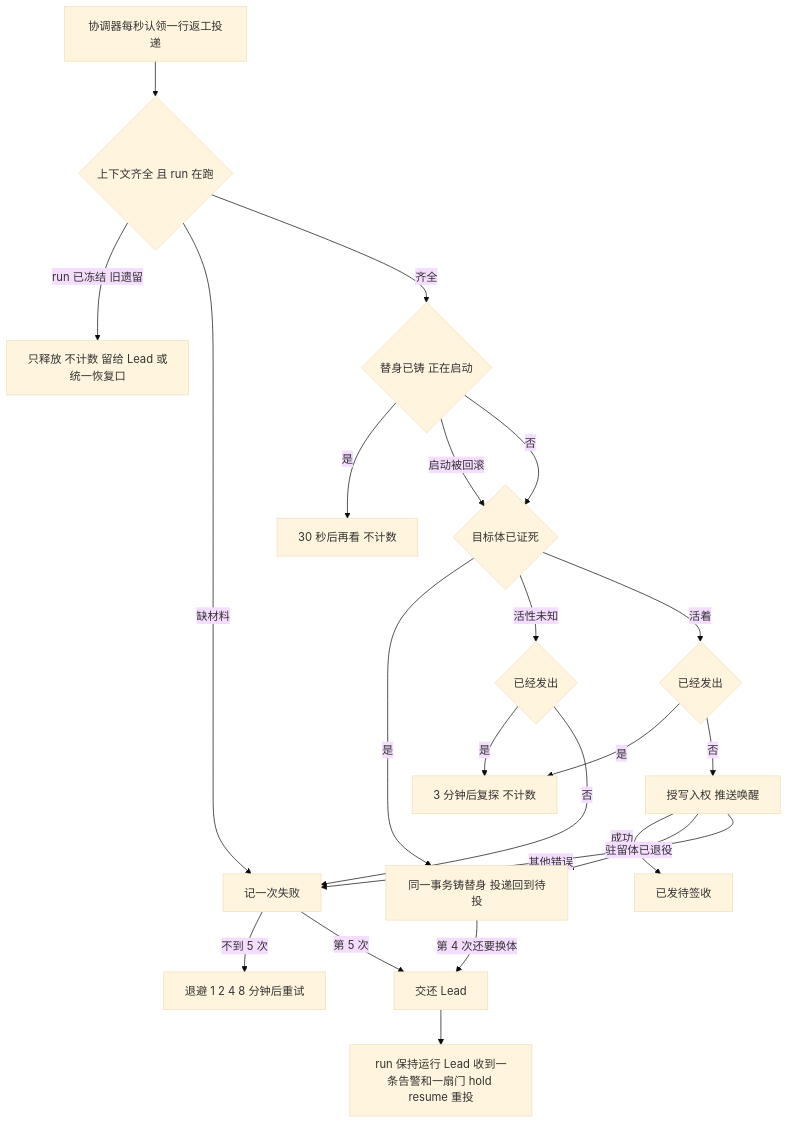
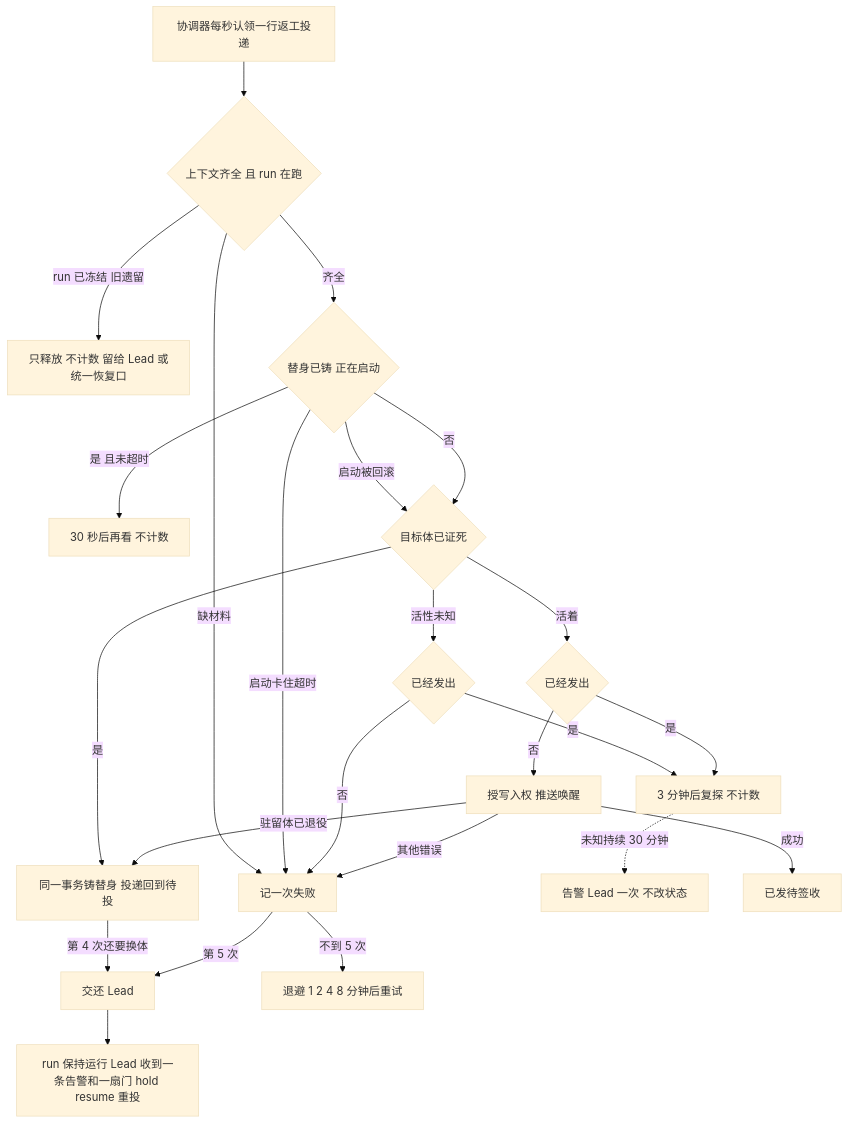
One commit to xrliAnnie/flywheel-qa-sandbox changed the diagram in engineering/doc/FLY-2921-rework-delivery-two-state/d2-flow.mmd. Above: the diagram before and after it, drawn with Mermaid (base theme). The commit also changed 7 other files, not shown here.

```diff
--- a/engineering/doc/FLY-2921-rework-delivery-two-state/d2-flow.mmd
+++ b/engineering/doc/FLY-2921-rework-delivery-two-state/d2-flow.mmd
@@ -1,22 +1,24 @@
 flowchart TD
   A[协调器每秒认领一行返工投递] --> B{上下文齐全 且 run 在跑}
   B -->|run 已冻结 旧遗留| B1[只释放 不计数 留给 Lead 或统一恢复口]
   B -->|缺材料| F[记一次失败]
   B -->|齐全| C{替身已铸 正在启动}
-  C -->|是| C1[30 秒后再看 不计数]
+  C -->|是 且未超时| C1[30 秒后再看 不计数]
+  C -->|启动卡住超时| F
   C -->|启动被回滚| D
   C -->|否| D{目标体已证死}
   D -->|是| R[同一事务铸替身 投递回到待投]
   R -->|第 4 次还要换体| X[交还 Lead]
   D -->|活性未知| E{已经发出}
   E -->|是| W[3 分钟后复探 不计数]
+  W -.->|未知持续 30 分钟| U[告警 Lead 一次 不改状态]
   E -->|否| F
   D -->|活着| G{已经发出}
   G -->|是| W
   G -->|否| H[授写入权 推送唤醒]
   H -->|成功| S[已发待签收]
   H -->|驻留体已退役| R
   H -->|其他错误| F
   F -->|不到 5 次| Z[退避 1 2 4 8 分钟后重试]
   F -->|第 5 次| X
   X --> L[run 保持运行 Lead 收到一条告警和一扇门 hold resume 重投]
```
